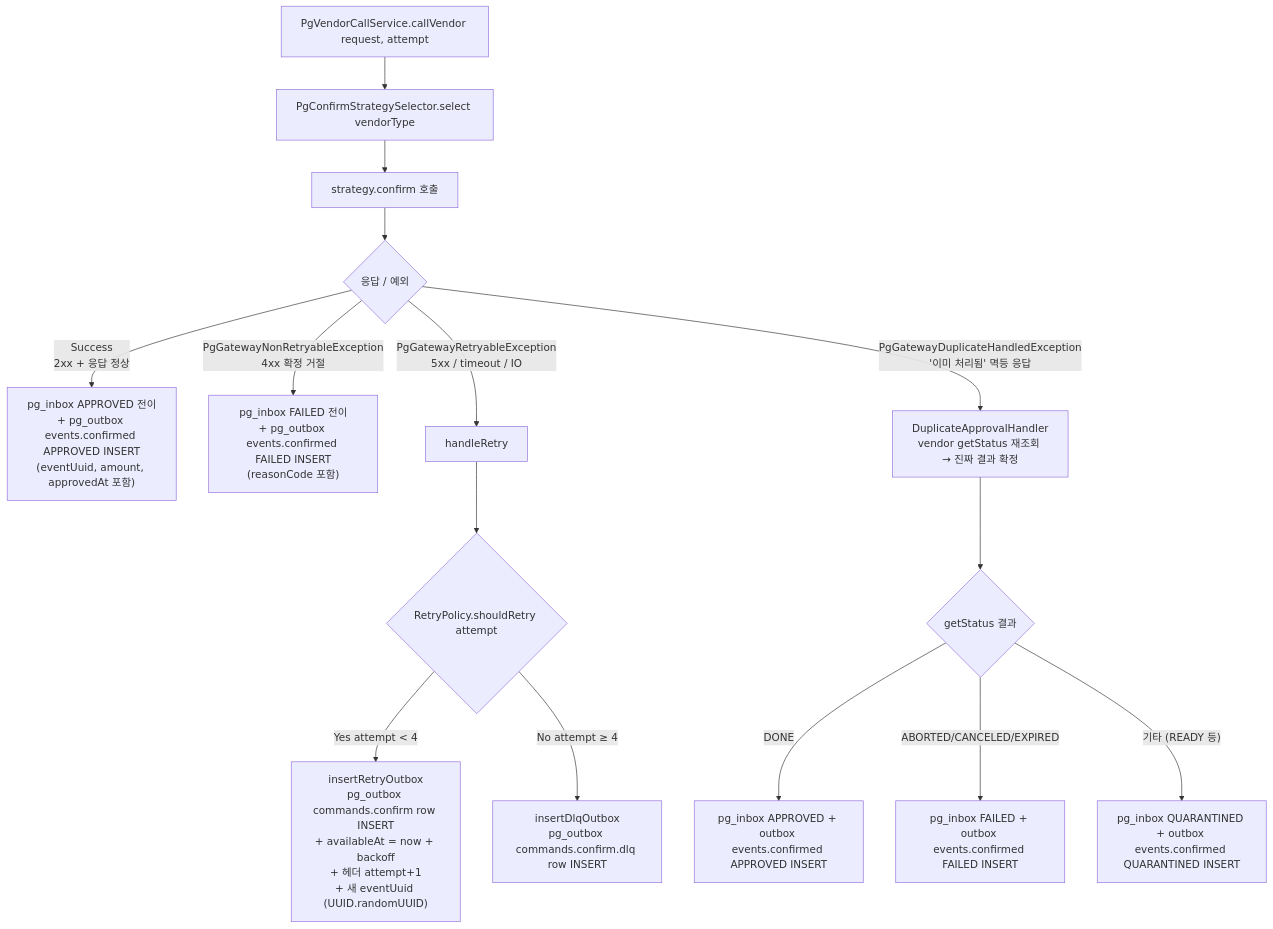
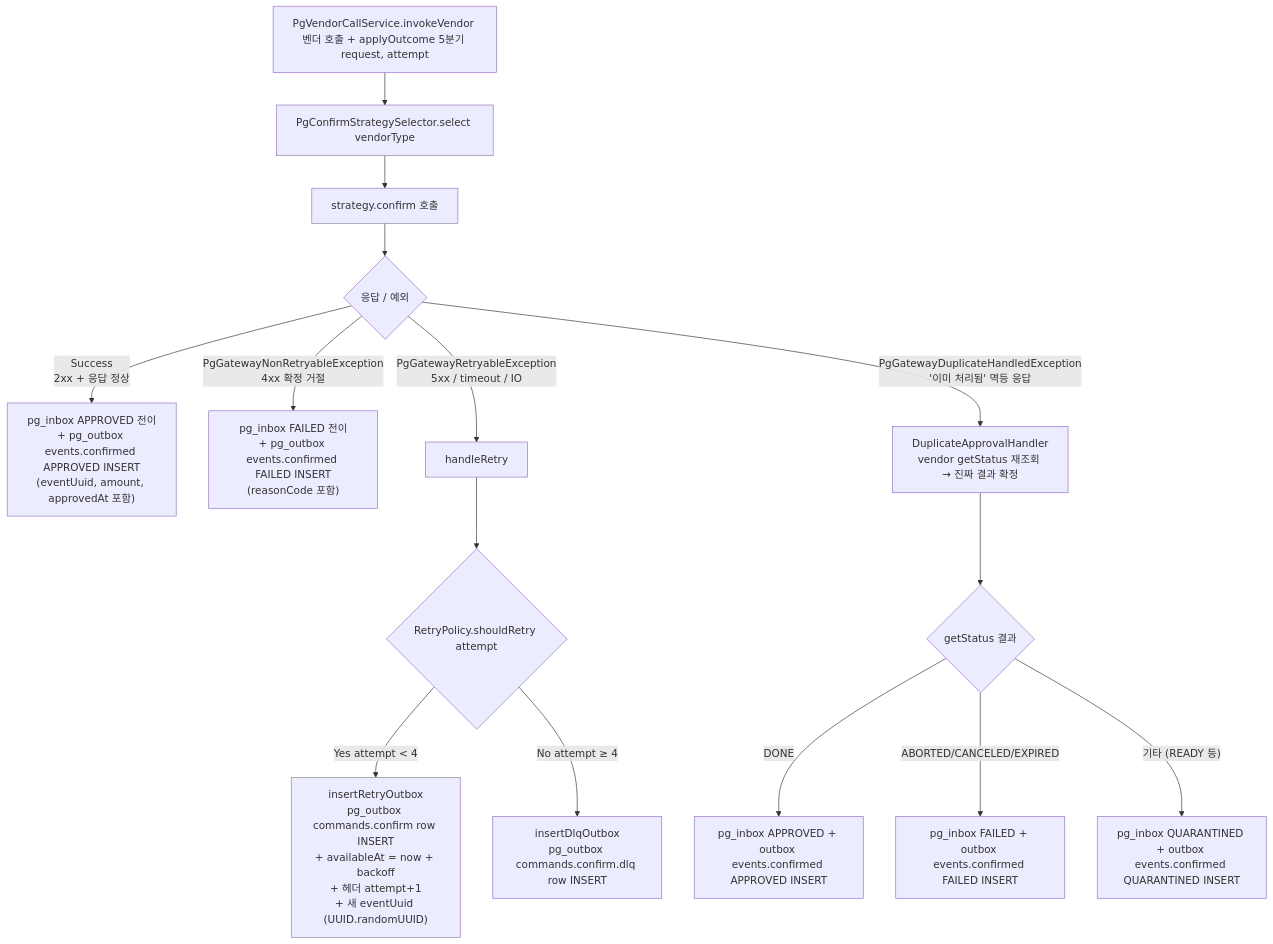
Before and after one commit to hyoguoo/payment-platform: the eighth of 10 diagrams in docs/context/PAYMENT-FLOW.md, drawn with Mermaid. The commit also changed other lines of this file and 8 other files, not shown here.

````diff
--- a/docs/context/PAYMENT-FLOW.md
+++ b/docs/context/PAYMENT-FLOW.md
@@ -268,24 +268,24 @@
 ```mermaid
 flowchart TD
-    CALL["PgVendorCallService.callVendor request, attempt"] --> SEL["PgConfirmStrategySelector.select vendorType"]
+    CALL["PgVendorCallService.invokeVendor 벤더 호출 + applyOutcome 5분기 request, attempt"] --> SEL["PgConfirmStrategySelector.select vendorType"]
     SEL --> HTTP["strategy.confirm 호출"]
 
     HTTP --> RES{"응답 / 예외"}
 
     RES -->|"Success<br/>2xx + 응답 정상"| SUCCESS["pg_inbox APPROVED 전이<br/>+ pg_outbox events.confirmed APPROVED INSERT<br/>(eventUuid, amount, approvedAt 포함)"]
 
     RES -->|"PgGatewayNonRetryableException<br/>4xx 확정 거절"| FAIL["pg_inbox FAILED 전이<br/>+ pg_outbox events.confirmed FAILED INSERT<br/>(reasonCode 포함)"]
 
     RES -->|"PgGatewayRetryableException<br/>5xx / timeout / IO"| RETRY["handleRetry"]
 
     RES -->|"PgGatewayDuplicateHandledException<br/>'이미 처리됨' 멱등 응답"| DUP["DuplicateApprovalHandler<br/>vendor getStatus 재조회 → 진짜 결과 확정"]
 
     RETRY --> RC{"RetryPolicy.shouldRetry attempt"}
     RC -->|"Yes attempt &lt; 4"| RETRY_OUT["insertRetryOutbox<br/>pg_outbox commands.confirm row INSERT<br/>+ availableAt = now + backoff<br/>+ 헤더 attempt+1<br/>+ 새 eventUuid (UUID.randomUUID)"]
     RC -->|"No attempt ≥ 4"| DLQ_OUT["insertDlqOutbox<br/>pg_outbox commands.confirm.dlq row INSERT"]
 
     DUP --> DUP_RESULT{"getStatus 결과"}
     DUP_RESULT -->|"DONE"| DUP_OK["pg_inbox APPROVED + outbox events.confirmed APPROVED INSERT"]
     DUP_RESULT -->|"ABORTED/CANCELED/EXPIRED"| DUP_FAIL["pg_inbox FAILED + outbox events.confirmed FAILED INSERT"]
     DUP_RESULT -->|"기타 (READY 등)"| DUP_QUAR["pg_inbox QUARANTINED + outbox events.confirmed QUARANTINED INSERT"]
 ```
````
